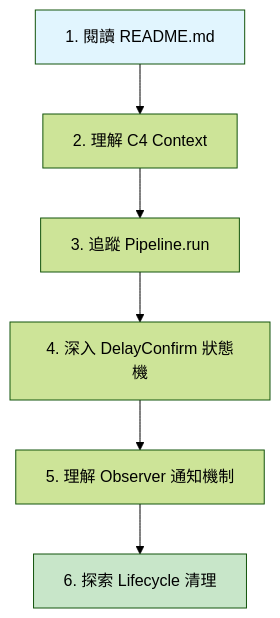
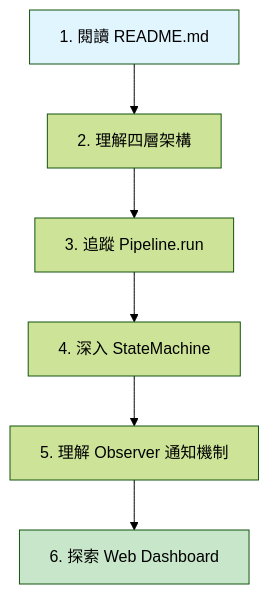
One commit to kionce57/FDS changed the tenth of 10 diagrams in docs/ARCHITECTURE.md. Above: the diagram before and after it, drawn with Mermaid (forest theme). The commit also changed other lines of this file and 4 other files, not shown here.

First line of the commit message:
docs: add dual-pipeline architecture and future design drafts

````diff
--- a/docs/ARCHITECTURE.md
+++ b/docs/ARCHITECTURE.md
@@ -369,11 +521,11 @@
 ```mermaid
 graph TD
-    A[1. 閱讀 README.md] --> B[2. 理解 C4 Context]
+    A[1. 閱讀 README.md] --> B[2. 理解四層架構]
     B --> C[3. 追蹤 Pipeline.run]
-    C --> D[4. 深入 DelayConfirm 狀態機]
+    C --> D[4. 深入 StateMachine]
     D --> E[5. 理解 Observer 通知機制]
-    E --> F[6. 探索 Lifecycle 清理]
+    E --> F[6. 探索 Web Dashboard]
 
     style A fill:#e1f5fe
     style F fill:#c8e6c9
 ```
````
